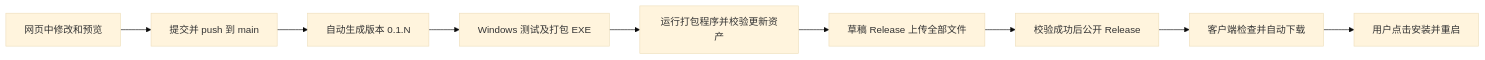
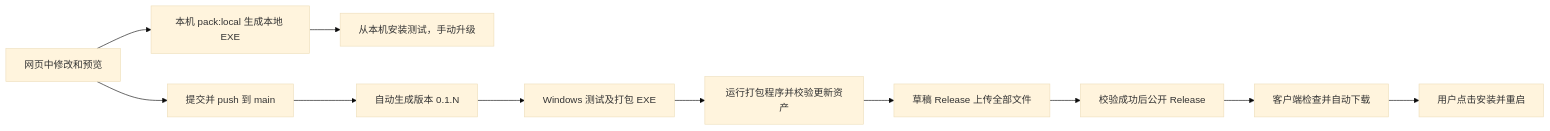
One commit to buyun00/Relay-teacher-workbench changed the diagram in docs/classroom-client-release.md. Above: the diagram before and after it, drawn with Mermaid (base theme). The commit also changed other lines of this file and 15 other files, not shown here.

````diff
--- a/docs/classroom-client-release.md
+++ b/docs/classroom-client-release.md
@@ -7,11 +7,13 @@
 ```mermaid
 flowchart LR
     A[网页中修改和预览] --> B[提交并 push 到 main]
+    A --> L[本机 pack:local 生成本地 EXE]
+    L --> T[从本机安装测试，手动升级]
     B --> C[自动生成版本 0.1.N]
     C --> D[Windows 测试及打包 EXE]
     D --> E[运行打包程序并校验更新资产]
     E --> F[草稿 Release 上传全部文件]
     F --> G[校验成功后公开 Release]
     G --> H[客户端检查并自动下载]
     H --> I[用户点击安装并重启]
 ```
````
